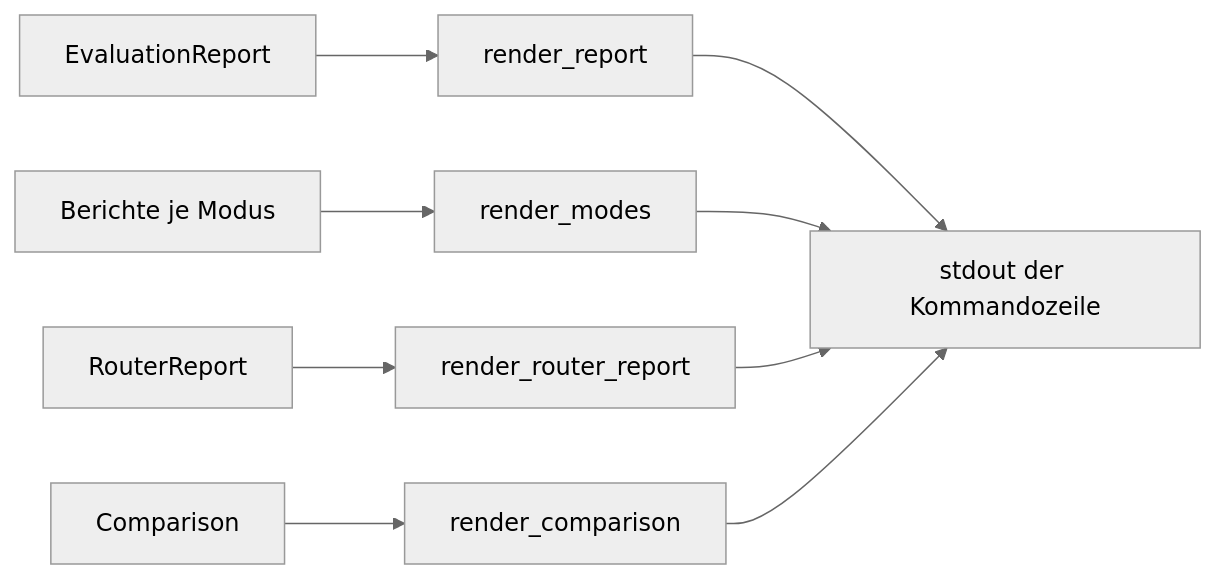
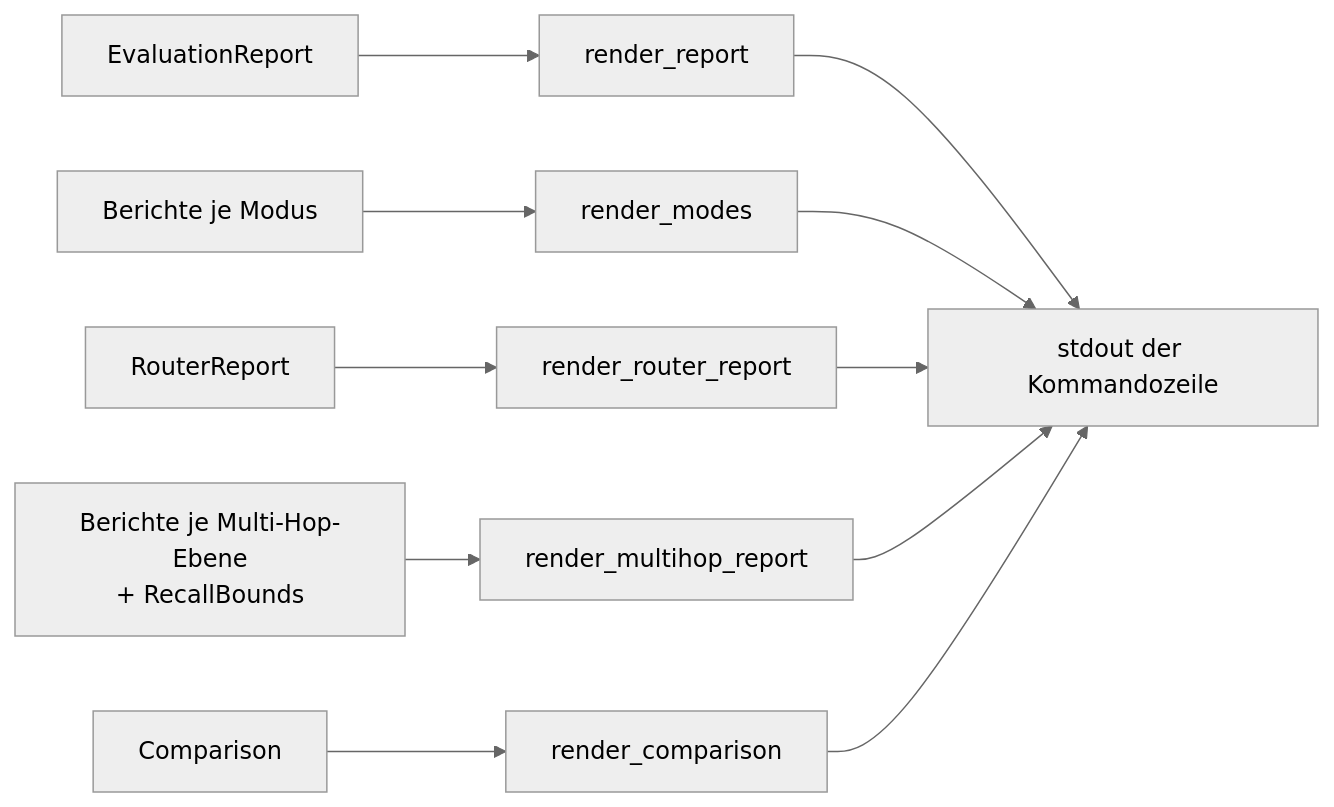
One commit to MomoEngineer/research-graphrag changed the first of 2 diagrams in src/research_graphrag/evaluation/doc/report.md. Above: the diagram before and after it, drawn with Mermaid (neutral theme). The commit also changed other lines of this file and 27 other files, not shown here.

First line of the commit message:
Add comprehensive tests for Multi-Hop evaluation against citation graph

````diff
--- a/src/research_graphrag/evaluation/doc/report.md
+++ b/src/research_graphrag/evaluation/doc/report.md
@@ -30,11 +32,13 @@
 ```mermaid
 flowchart LR
     ER["EvaluationReport"] --> RR["render_report"]
     ERM["Berichte je Modus"] --> RM["render_modes"]
     RRP["RouterReport"] --> RRR["render_router_report"]
+    MH["Berichte je Multi-Hop-Ebene<br/>+ RecallBounds"] --> RMH["render_multihop_report"]
     CMP["Comparison"] --> RC["render_comparison"]
     RR --> OUT["stdout der Kommandozeile"]
     RM --> OUT
     RRR --> OUT
+    RMH --> OUT
     RC --> OUT
 ```
````
